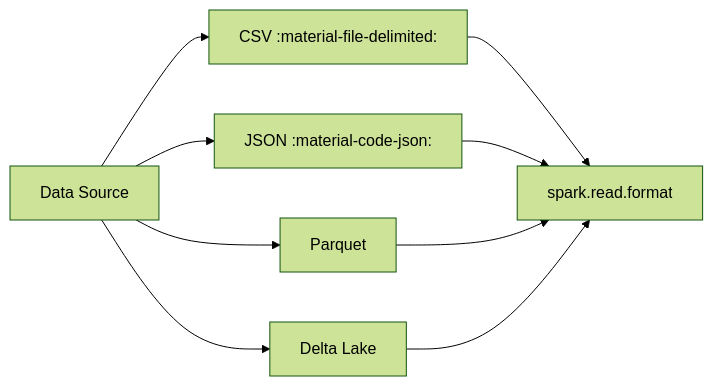
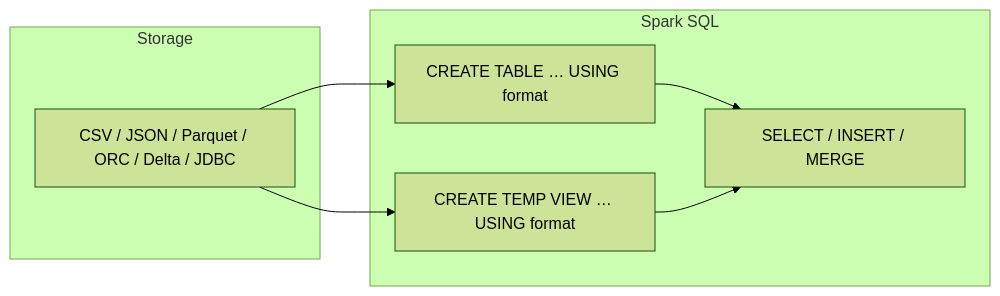
Before and after one commit to mahfooziiitian/spark-batch: the diagram in spark-sql/docs/datasource/index.md, drawn with Mermaid (forest theme). The commit also changed other lines of this file and 223 other files, not shown here.

Commit message:
spark sql

````diff
--- a/spark-sql/docs/datasource/index.md
+++ b/spark-sql/docs/datasource/index.md
@@ -20,11 +24,15 @@
 ```mermaid
 graph LR
-    A[Data Source] --> B["CSV :material-file-delimited:"]
-    A --> C["JSON :material-code-json:"]
-    A --> D["Parquet"]
-    A --> E["Delta Lake"]
-    B --> F[spark.read.format]
-    C --> F
-    D --> F
-    E --> F
+    subgraph Storage
+        A[CSV / JSON / Parquet / ORC / Delta / JDBC]
+    end
+    subgraph Spark SQL
+        B["CREATE TABLE … USING format"]
+        C["CREATE TEMP VIEW … USING format"]
+        D["SELECT / INSERT / MERGE"]
+    end
+    A --> B
+    A --> C
+    B --> D
+    C --> D
 ```
````
